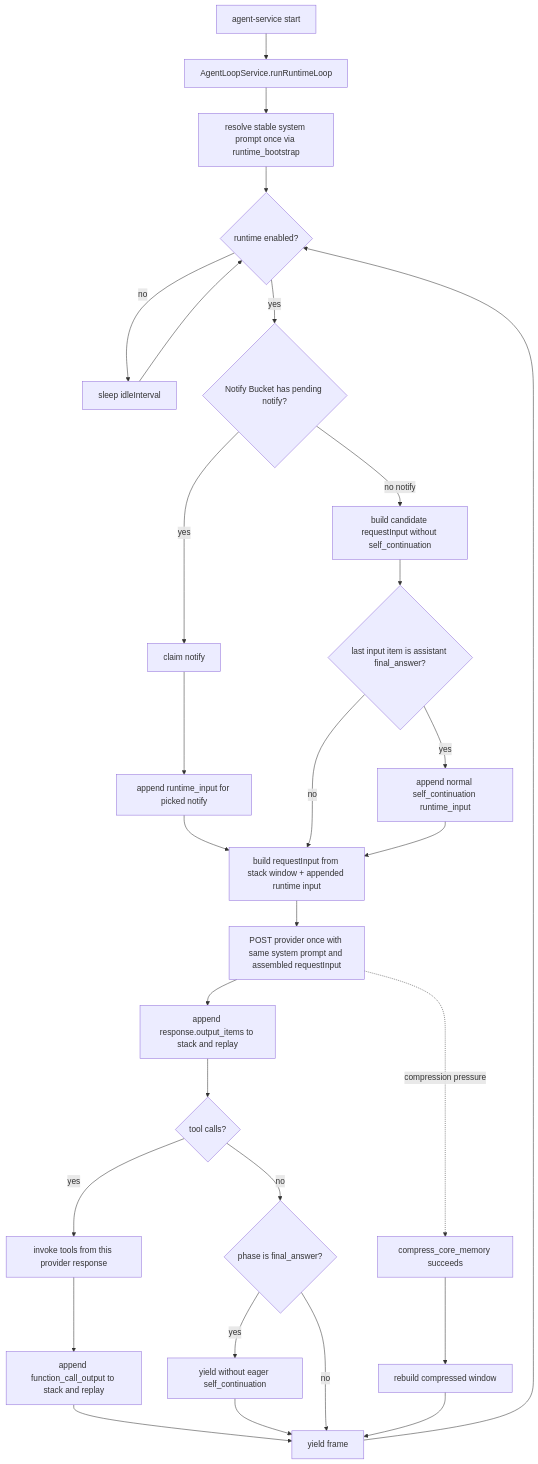
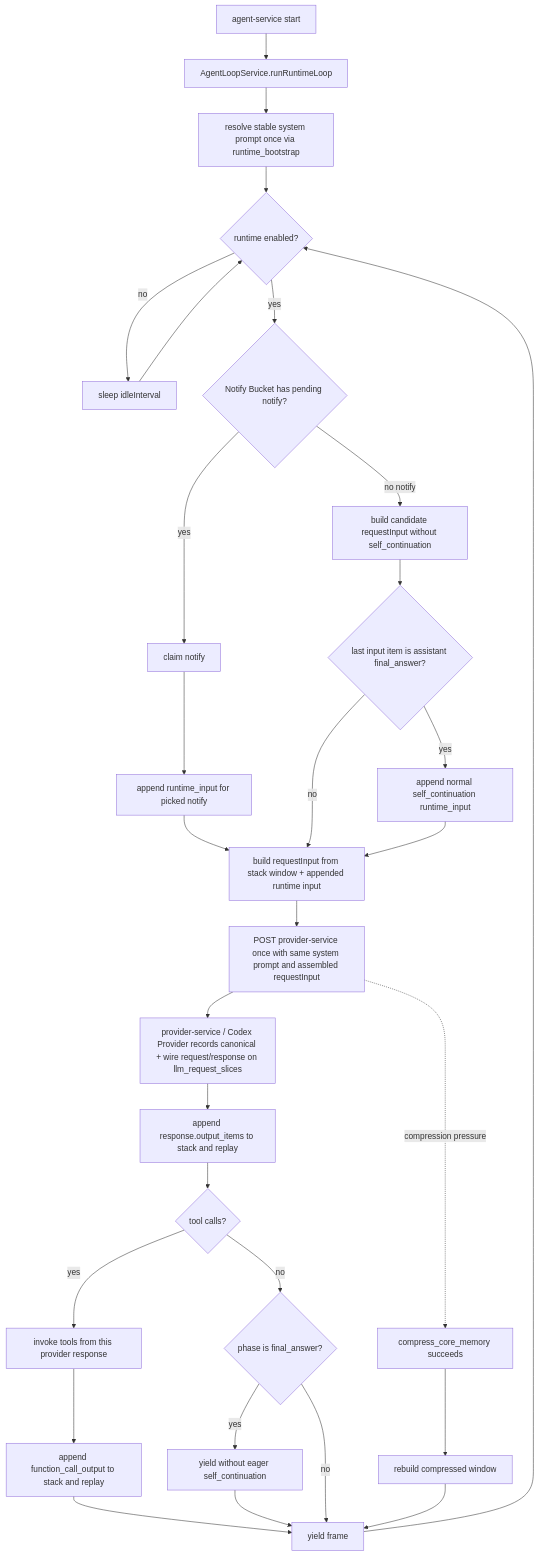
One commit to Hei-AI/xiaoni_cc changed the diagram in docs/XIAONI_AGENT_STACK_LEDGER.md. Above: the diagram before and after it, drawn with Mermaid. The commit also changed other lines of this file and 11 other files, not shown here.

Commit message:
fix: record llm slices in provider service

````diff
--- a/docs/XIAONI_AGENT_STACK_LEDGER.md
+++ b/docs/XIAONI_AGENT_STACK_LEDGER.md
@@ -39,31 +40,32 @@
 ```mermaid
 flowchart TD
   A[agent-service start] --> B[AgentLoopService.runRuntimeLoop]
   B --> C[resolve stable system prompt once via runtime_bootstrap]
   C --> D{runtime enabled?}
   D -- no --> E[sleep idleInterval]
   E --> D
   D -- yes --> F{Notify Bucket has pending notify?}
   F -- yes --> G[claim notify]
   F -- no notify --> I[build candidate requestInput without self_continuation]
   G --> J[append runtime_input for picked notify]
   J --> K[build requestInput from stack window + appended runtime input]
   I --> Q{last input item is assistant final_answer?}
   Q -- yes --> W[append normal self_continuation runtime_input]
   Q -- no --> K
   W --> K
-  K --> L[POST provider once with same system prompt and assembled requestInput]
-  L --> M[append response.output_items to stack and replay]
+  K --> L[POST provider-service once with same system prompt and assembled requestInput]
+  L --> X[provider-service / Codex Provider records canonical + wire request/response on llm_request_slices]
+  X --> M[append response.output_items to stack and replay]
   M --> N{tool calls?}
   N -- yes --> O[invoke tools from this provider response]
   O --> P[append function_call_output to stack and replay]
   P --> V[yield frame]
   N -- no --> R{phase is final_answer?}
   R -- yes --> S[yield without eager self_continuation]
   S --> V
   R -- no --> V
   V --> D
   L -. compression pressure .-> T[compress_core_memory succeeds]
   T --> U[rebuild compressed window]
   U --> V
 ```
````
